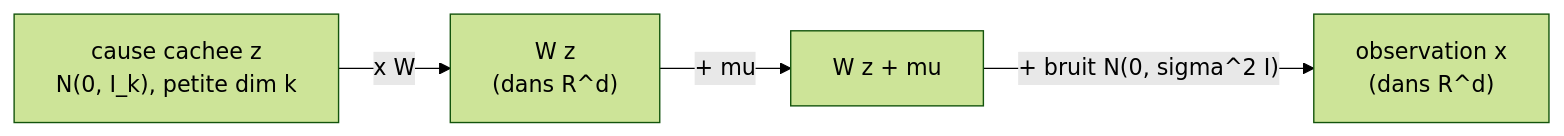
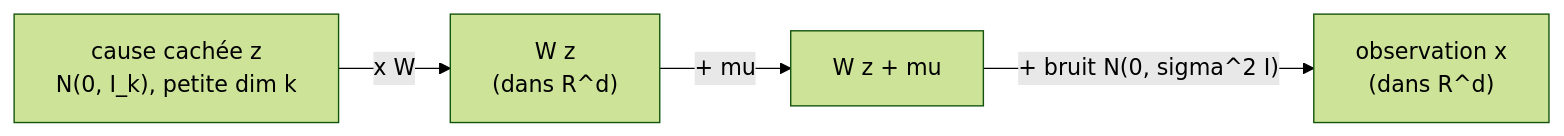
The third of 3 diagrams in chapitres/10-reduction-de-dimension-acp.md (tanguychenier/Mathematiques-pour-le-Machine-Learning), drawn with Mermaid (forest theme) before and after one commit. The commit also changed other lines of this file and 7 other files, not shown here.

````diff
--- a/chapitres/10-reduction-de-dimension-acp.md
+++ b/chapitres/10-reduction-de-dimension-acp.md
@@ -724,6 +724,6 @@
 ```mermaid
 flowchart LR
-    Z["cause cachee z<br/>N(0, I_k), petite dim k"] -->|"x W"| WZ["W z<br/>(dans R^d)"]
+    Z["cause cachée z<br/>N(0, I_k), petite dim k"] -->|"x W"| WZ["W z<br/>(dans R^d)"]
     WZ -->|"+ mu"| M["W z + mu"]
     M -->|"+ bruit N(0, sigma^2 I)"| X["observation x<br/>(dans R^d)"]
 ```
````
